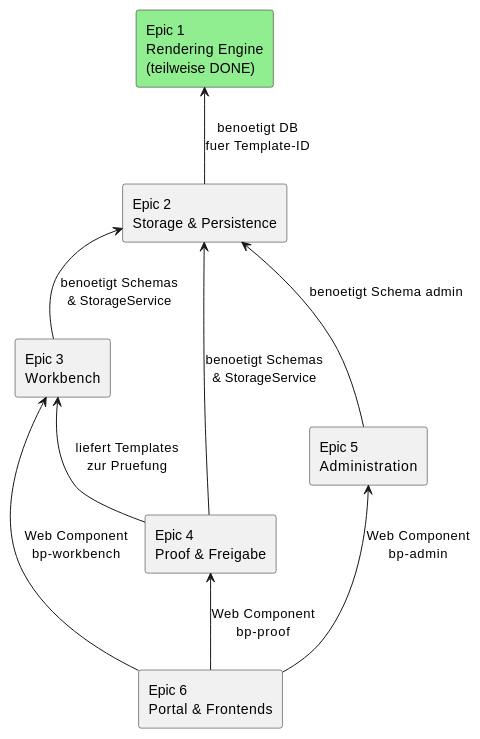
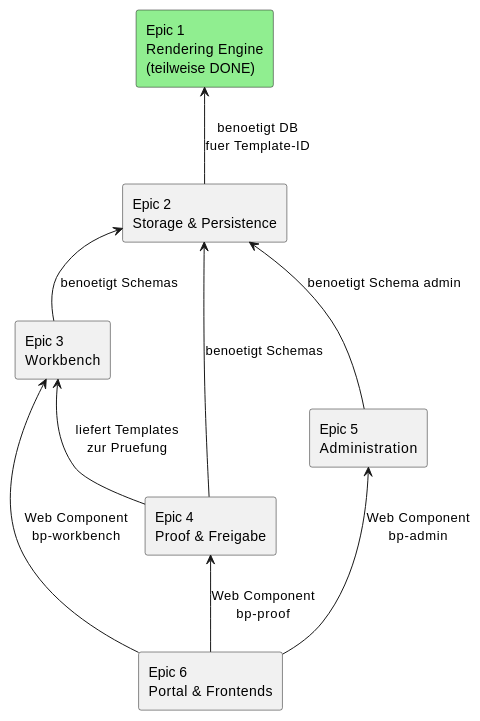
One commit to flaechsig/blocpress changed the diagram in docs/product-backlog.adoc. Above: the diagram before and after it, drawn with PlantUML. The commit also changed other lines of this file and 42 other files, not shown here.

```diff
--- a/docs/product-backlog.adoc
+++ b/docs/product-backlog.adoc
@@ -345,22 +354,22 @@
 [plantuml, backlog-dependencies, svg]
 ----
 @startuml
 skinparam componentStyle rectangle
 
 component "Epic 1\nRendering Engine\n(teilweise DONE)" as E1 #lightgreen
 component "Epic 2\nStorage & Persistence" as E2
 component "Epic 3\nWorkbench" as E3
 component "Epic 4\nProof & Freigabe" as E4
 component "Epic 5\nAdministration" as E5
 component "Epic 6\nPortal & Frontends" as E6
 
 E1 <-- E2 : benoetigt DB\nfuer Template-ID
-E2 <-- E3 : benoetigt Schemas\n& StorageService
-E2 <-- E4 : benoetigt Schemas\n& StorageService
+E2 <-- E3 : benoetigt Schemas
+E2 <-- E4 : benoetigt Schemas
 E2 <-- E5 : benoetigt Schema admin
 E3 <-- E4 : liefert Templates\nzur Pruefung
 E3 <-- E6 : Web Component\nbp-workbench
 E4 <-- E6 : Web Component\nbp-proof
 E5 <-- E6 : Web Component\nbp-admin
 @enduml
 ----
```
